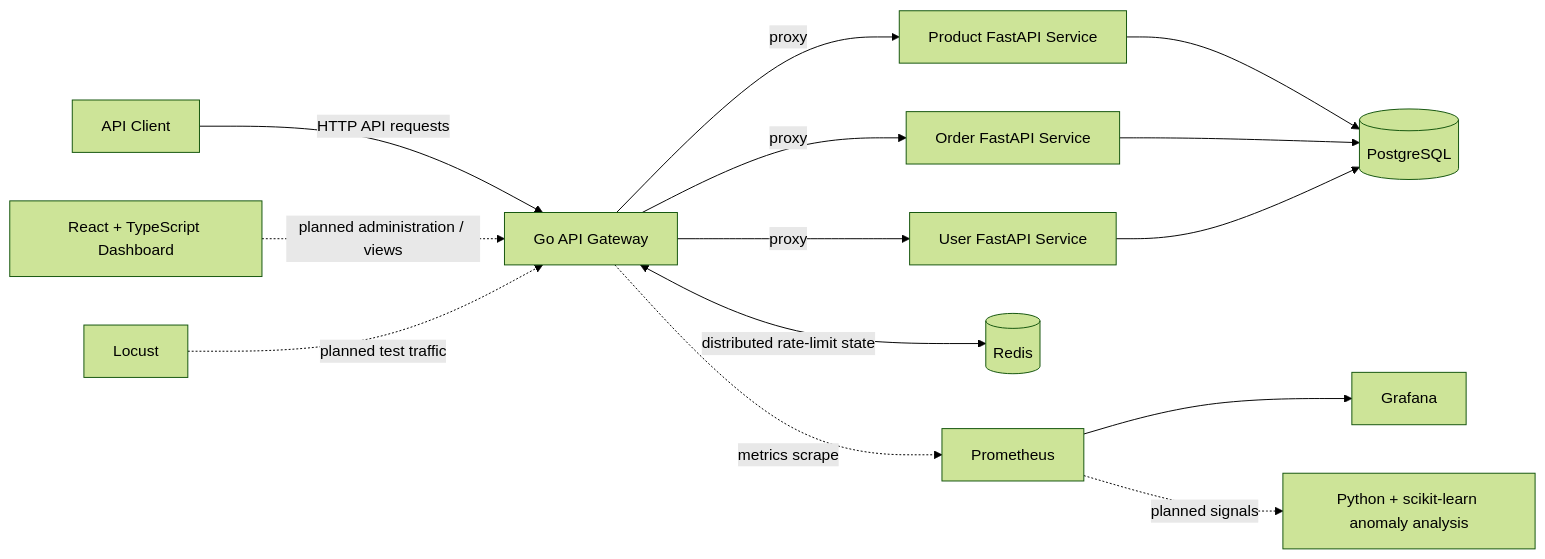
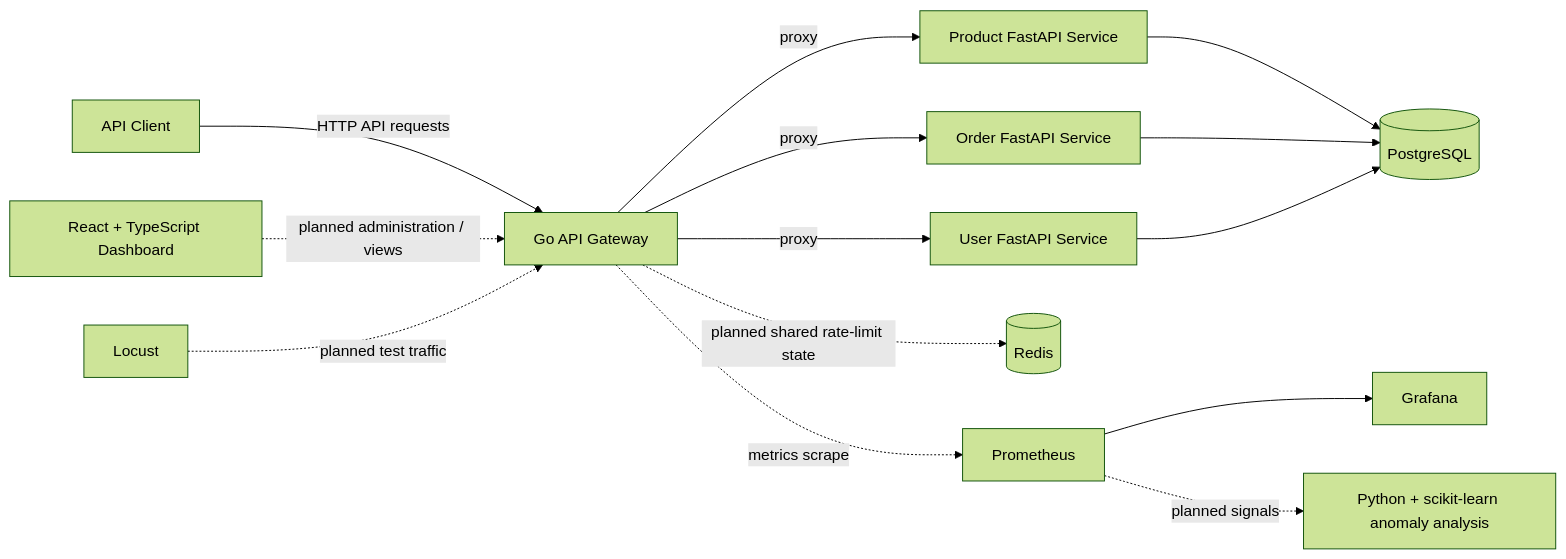
The first of 4 diagrams in ARCHITECTURE.md (Yushi7/IntelliGate), drawn with Mermaid (forest theme) before and after one commit. The commit also changed other lines of this file and 8 other files, not shown here.

````diff
--- a/ARCHITECTURE.md
+++ b/ARCHITECTURE.md
@@ -9,16 +9,16 @@
 ```mermaid
 flowchart LR
     Client[API Client] -->|HTTP API requests| Gateway[Go API Gateway]
     Dashboard[React + TypeScript Dashboard] -. planned administration / views .-> Gateway
     Gateway -->|proxy| Product[Product FastAPI Service]
     Gateway -->|proxy| Order[Order FastAPI Service]
     Gateway -->|proxy| User[User FastAPI Service]
-    Gateway <-->|distributed rate-limit state| Redis[(Redis)]
+    Gateway -. planned shared rate-limit state .-> Redis[(Redis)]
     Product --> PostgreSQL[(PostgreSQL)]
     Order --> PostgreSQL
     User --> PostgreSQL
     Gateway -. metrics scrape .-> Prometheus[Prometheus]
     Prometheus --> Grafana[Grafana]
     Locust[Locust] -. planned test traffic .-> Gateway
     Prometheus -. planned signals .-> Anomaly[Python + scikit-learn anomaly analysis]
 ```
````
